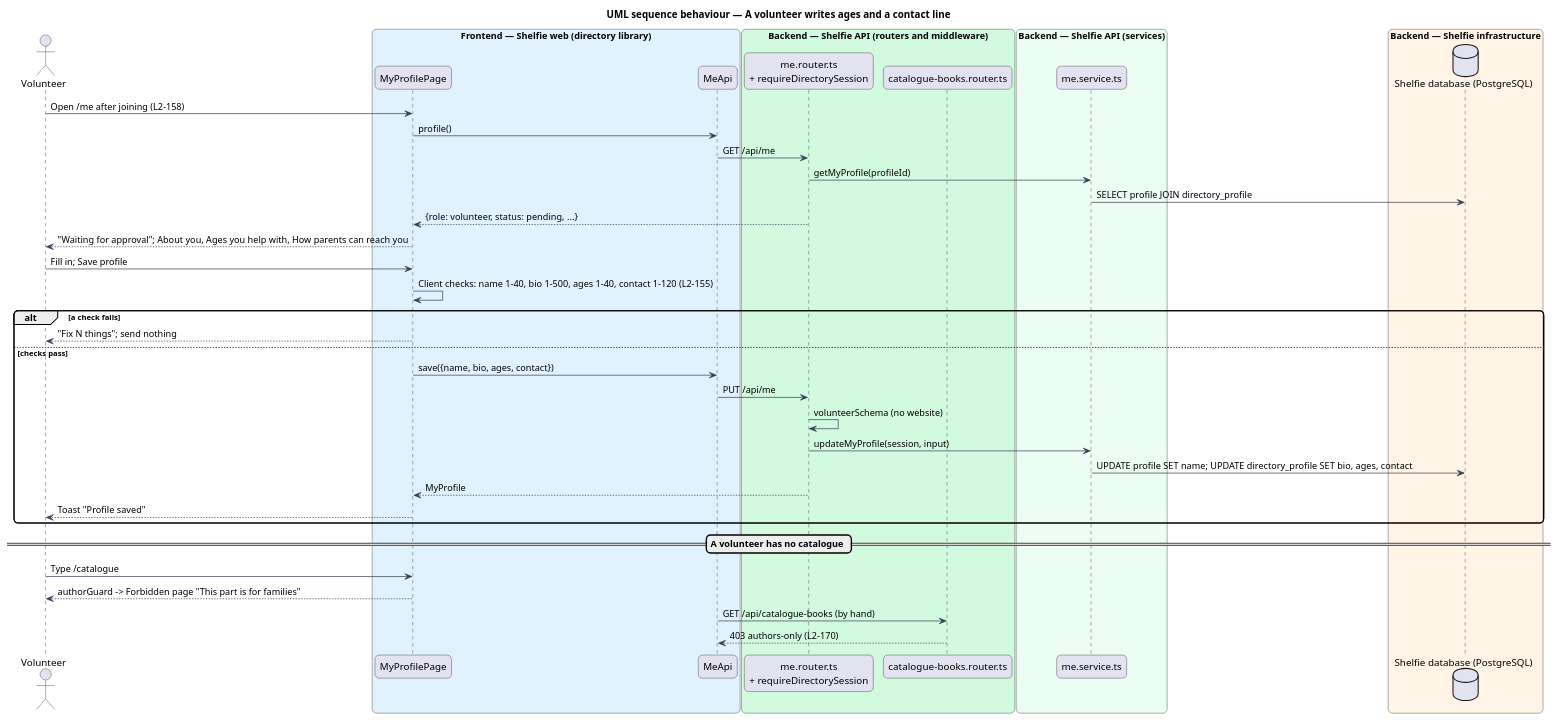
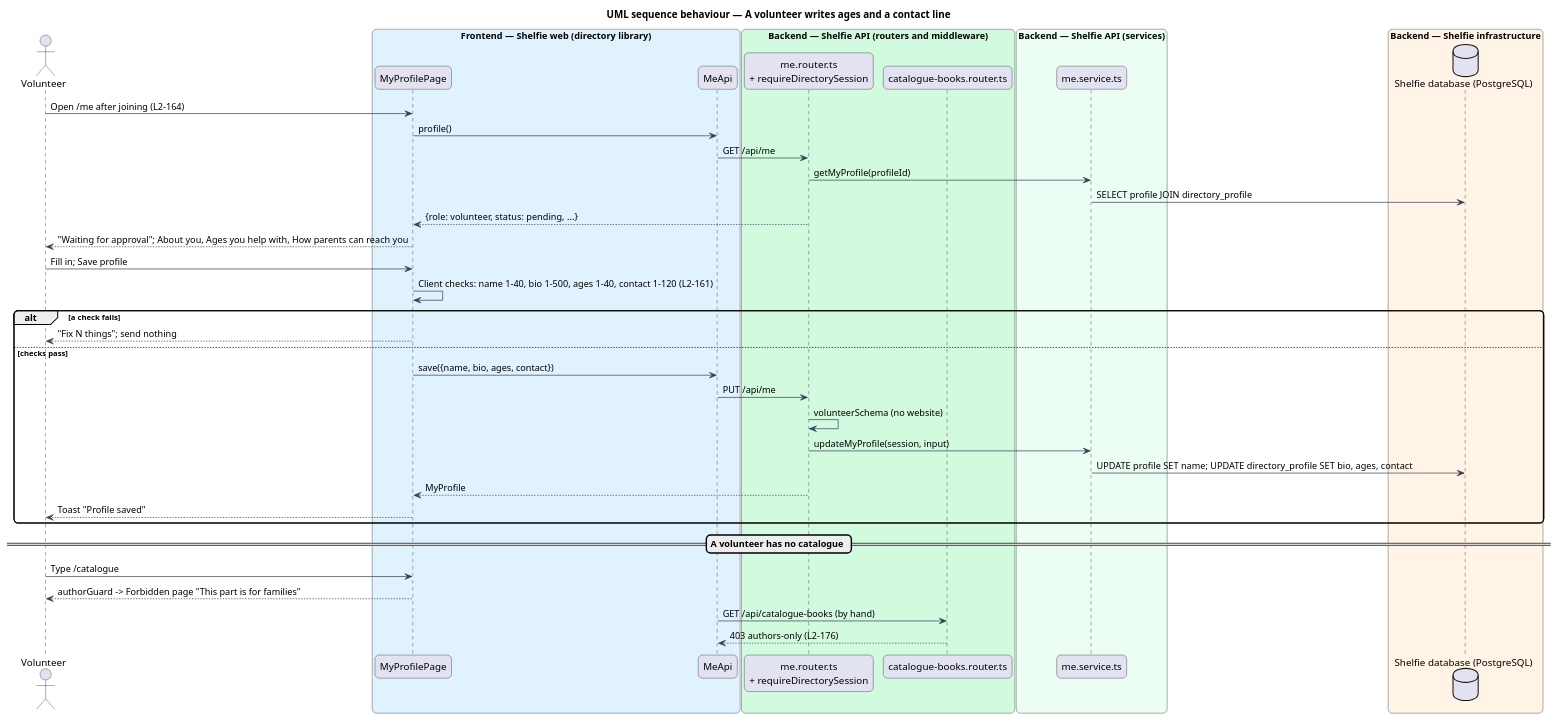
One commit to QuinntyneBrown/shelfie changed the diagram in docs/detailed-designs/directory/volunteer-profile/diagrams/sequence-volunteer-profile.puml. Above: the diagram before and after it, drawn with PlantUML. The commit also changed 125 other files, not shown here.

```diff
--- a/docs/detailed-designs/directory/volunteer-profile/diagrams/sequence-volunteer-profile.puml
+++ b/docs/detailed-designs/directory/volunteer-profile/diagrams/sequence-volunteer-profile.puml
@@ -1,49 +1,49 @@
 @startuml
 title UML sequence behaviour — A volunteer writes ages and a contact line
 skinparam backgroundColor #FFFFFF
 skinparam shadowing false
 skinparam roundcorner 12
 skinparam defaultFontName Arial
 skinparam ArrowColor #344054
 actor "Volunteer" as vol
 box "Frontend — Shelfie web (directory library)" #E0F2FE
   participant "MyProfilePage" as page
   participant "MeApi" as client
 end box
 box "Backend — Shelfie API (routers and middleware)" #D1FADF
   participant "me.router.ts\n+ requireDirectorySession" as me
   participant "catalogue-books.router.ts" as cat
 end box
 box "Backend — Shelfie API (services)" #ECFDF3
   participant "me.service.ts" as svc
 end box
 box "Backend — Shelfie infrastructure" #FFF4E5
   database "Shelfie database (PostgreSQL)" as db
 end box
 
-vol -> page : Open /me after joining (L2-158)
+vol -> page : Open /me after joining (L2-164)
 page -> client : profile()
 client -> me : GET /api/me
 me -> svc : getMyProfile(profileId)
 svc -> db : SELECT profile JOIN directory_profile
 me --> page : {role: volunteer, status: pending, ...}
 page --> vol : "Waiting for approval"; About you, Ages you help with, How parents can reach you
 vol -> page : Fill in; Save profile
-page -> page : Client checks: name 1-40, bio 1-500, ages 1-40, contact 1-120 (L2-155)
+page -> page : Client checks: name 1-40, bio 1-500, ages 1-40, contact 1-120 (L2-161)
 alt a check fails
   page --> vol : "Fix N things"; send nothing
 else checks pass
   page -> client : save({name, bio, ages, contact})
   client -> me : PUT /api/me
   me -> me : volunteerSchema (no website)
   me -> svc : updateMyProfile(session, input)
   svc -> db : UPDATE profile SET name; UPDATE directory_profile SET bio, ages, contact
   me --> page : MyProfile
   page --> vol : Toast "Profile saved"
 end
 == A volunteer has no catalogue ==
 vol -> page : Type /catalogue
 page --> vol : authorGuard -> Forbidden page "This part is for families"
 client -> cat : GET /api/catalogue-books (by hand)
-cat --> client : 403 authors-only (L2-170)
+cat --> client : 403 authors-only (L2-176)
 @enduml
```
